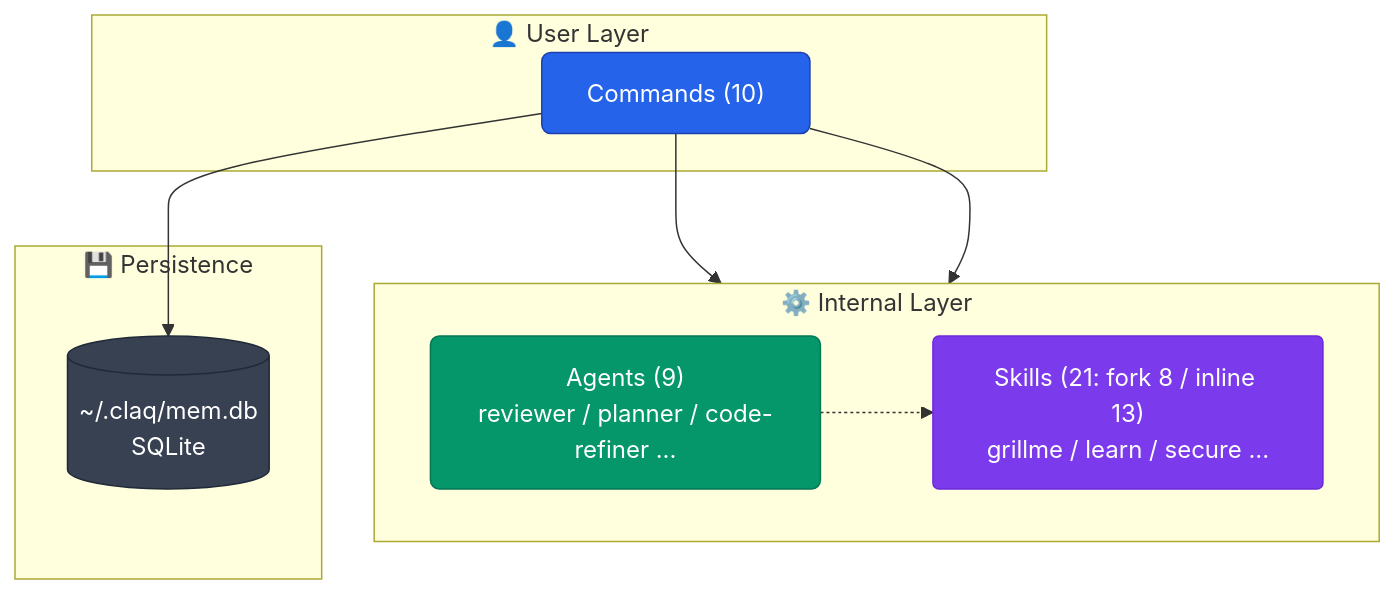
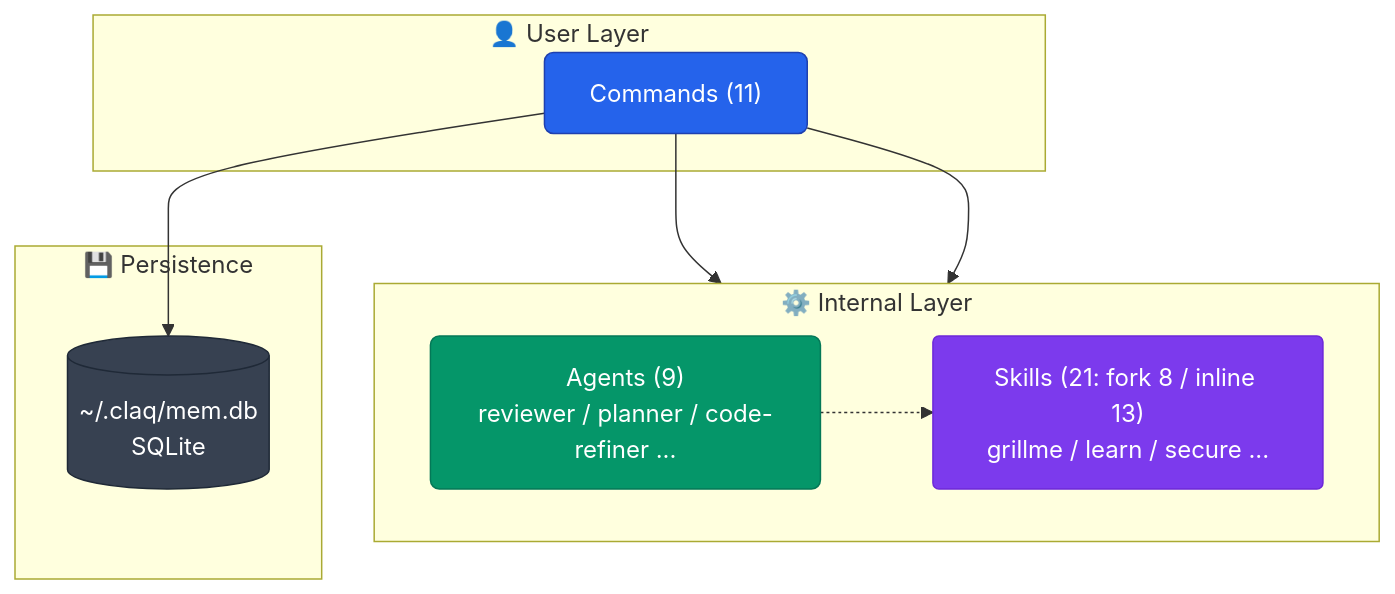
One commit to aokumablue/claq changed diagram 21 of 21 in README.md. Above: the diagram before and after it, drawn with Mermaid. The commit also changed other lines of this file and 2 other files, not shown here.

Commit message:
feat(commands): 計測してから性能を改善する /perf を追加する

````diff
--- a/README.md
+++ b/README.md
@@ -785,26 +812,26 @@
 ```mermaid
 flowchart TB
   classDef cmd    fill:#2563eb,stroke:#1e40af,color:#fff,rx:6
   classDef agent  fill:#059669,stroke:#047857,color:#fff,rx:6
   classDef skill  fill:#7c3aed,stroke:#6d28d9,color:#fff,rx:4
   classDef store  fill:#374151,stroke:#1f2937,color:#fff,rx:4
 
   subgraph user["👤 User Layer"]
-    CMD["Commands (10)"]:::cmd
+    CMD["Commands (11)"]:::cmd
   end
 
   subgraph internal["⚙️ Internal Layer"]
     direction LR
     AGT["Agents (9)<br/>reviewer / planner / code-refiner ..."]:::agent
     SKL["Skills (21: fork 8 / inline 13)<br/>grillme / learn / secure ..."]:::skill
   end
 
   subgraph persistence["💾 Persistence"]
     DB[("~/.claq/mem.db<br/>SQLite")]:::store
   end
 
   CMD --> AGT
   CMD --> SKL
   AGT -.-> SKL
   CMD --> DB
 ```
````
